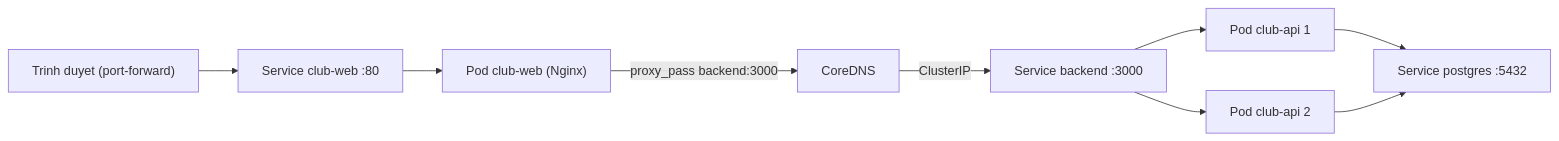
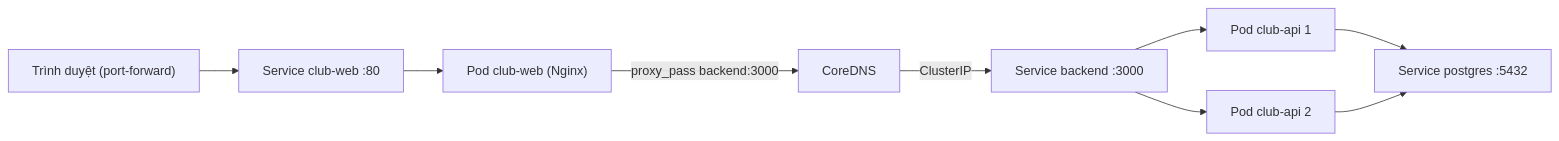
One commit to TienNHM/devops-course changed the second of 2 diagrams in labs/week-12/session-24.md. Above: the diagram before and after it, drawn with Mermaid. The commit also changed other lines of this file and 266 other files, not shown here.

````diff
--- a/labs/week-12/session-24.md
+++ b/labs/week-12/session-24.md
@@ -88,11 +67,11 @@
 ```mermaid
 flowchart LR
-  U["Trinh duyet (port-forward)"] --> FS["Service club-web :80"]
+  U["Trình duyệt (port-forward)"] --> FS["Service club-web :80"]
   FS --> FP["Pod club-web (Nginx)"]
   FP -->|"proxy_pass backend:3000"| DNS["CoreDNS"]
   DNS -->|"ClusterIP"| BS["Service backend :3000"]
   BS --> A1["Pod club-api 1"]
   BS --> A2["Pod club-api 2"]
   A1 --> PG["Service postgres :5432"]
   A2 --> PG
 ```
````
